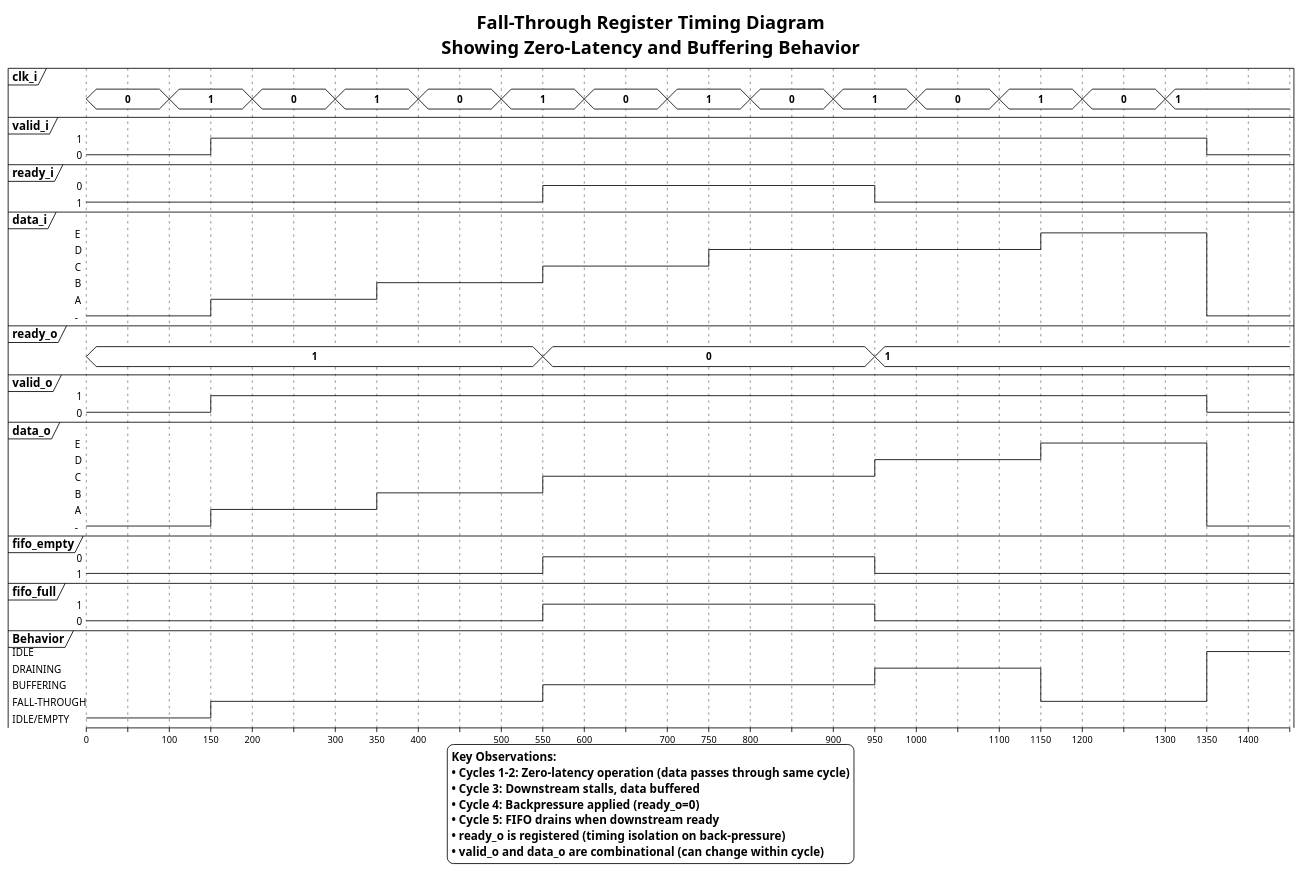
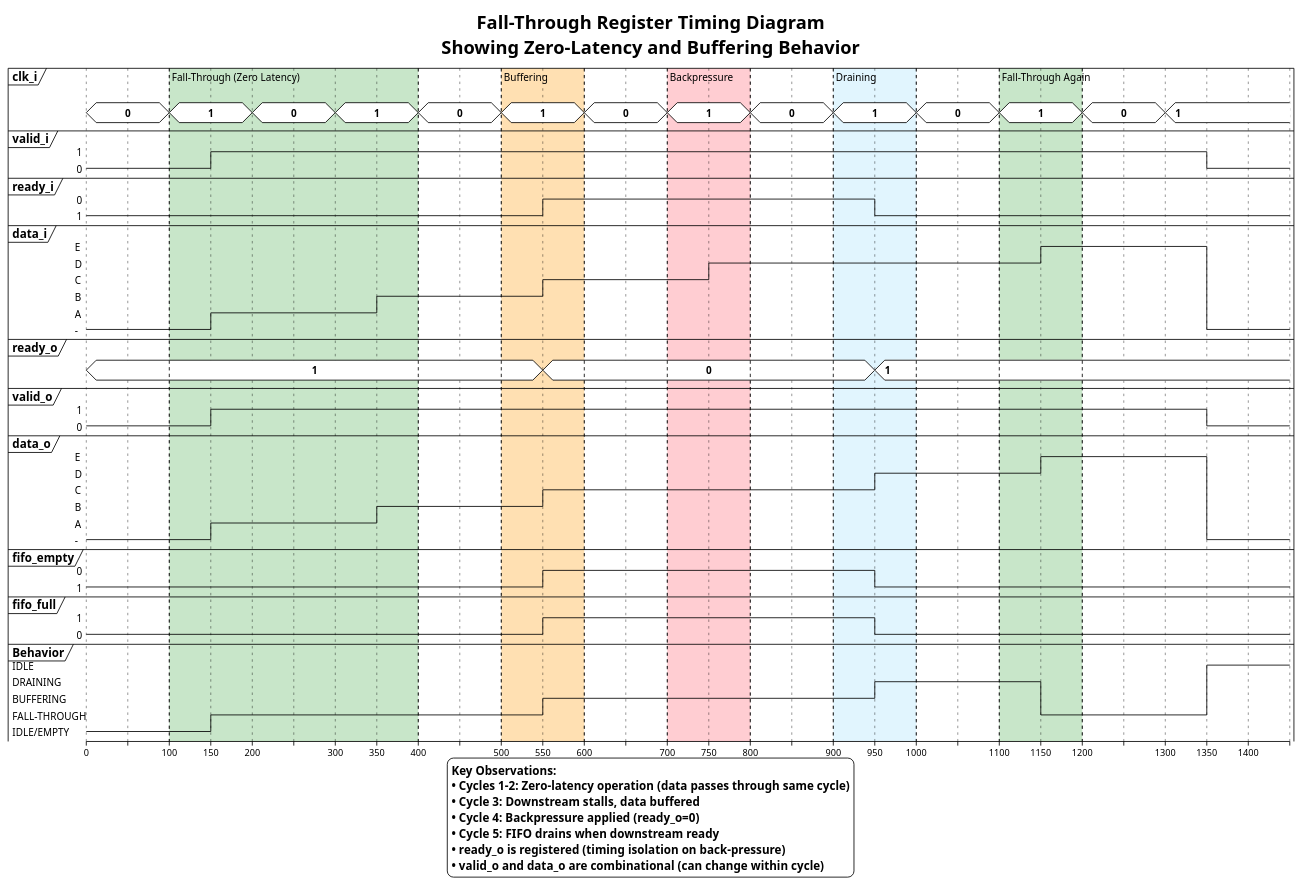
One commit to npcarter2025/axi-apb-bridge-uvm changed the diagram in docs/diagrams/fall_through_register/timing.puml. Above: the diagram before and after it, drawn with PlantUML. The commit also changed 1 other file, not shown here.

Commit message:
added colors to diagrams

```diff
--- a/docs/diagrams/fall_through_register/timing.puml
+++ b/docs/diagrams/fall_through_register/timing.puml
@@ -1,135 +1,141 @@
 @startuml fall_through_register_timing
 !theme plain
 skinparam backgroundColor #FFFFFF
 skinparam shadowing false
 
 title Fall-Through Register Timing Diagram\nShowing Zero-Latency and Buffering Behavior
 
 concise "clk_i" as clk
 robust "valid_i" as valid_i
 robust "ready_i" as ready_i
 robust "data_i" as data_i
 concise "ready_o" as ready_o
 robust "valid_o" as valid_o
 robust "data_o" as data_o
 robust "fifo_empty" as empty
 robust "fifo_full" as full
 robust "Behavior" as behavior
 
 @0
 clk is 0
 valid_i is 0
 ready_i is 1
 data_i is "-"
 ready_o is 1
 valid_o is 0
 data_o is "-"
 empty is 1
 full is 0
 behavior is "IDLE/EMPTY"
 
 ' Cycle 1: Fall-through scenario (downstream ready)
 @100
 clk is 1
 @150
 valid_i is 1
 data_i is "A"
 valid_o is 1
 data_o is "A"
 behavior is "FALL-THROUGH"
 
 note bottom of behavior : Zero Latency: Data A passes through immediately\nbecause FIFO is empty and ready_i=1
 
 @200
 clk is 0
 
 ' Cycle 2: Continue fall-through
 @300
 clk is 1
 @350
 data_i is "B"
 data_o is "B"
 
 @400
 clk is 0
 
 ' Cycle 3: Downstream stalls - buffer fills
 @500
 clk is 1
 @550
 ready_i is 0
 data_i is "C"
 data_o is "C"
 ready_o is 0
 empty is 0
 full is 1
 behavior is "BUFFERING"
 
 note bottom of behavior : Data C stored: Downstream not ready,\ndata buffered in FIFO, ready_o drops
 
 @600
 clk is 0
 
 ' Cycle 4: FIFO full, cannot accept new data
 @700
 clk is 1
 @750
 data_i is "D"
 valid_o is 1
 data_o is "C"
 
 note bottom of behavior : Backpressure: FIFO full, ready_o=0\nData D rejected, output still shows C
 
 @800
 clk is 0
 
 ' Cycle 5: Downstream becomes ready, drain FIFO
 @900
 clk is 1
 @950
 ready_i is 1
 data_o is "D"
 ready_o is 1
 empty is 1
 full is 0
 behavior is "DRAINING"
 
 note bottom of behavior : FIFO drains: C consumed, D now falls through
 
 @1000
 clk is 0
 
 ' Cycle 6: Back to normal fall-through
 @1100
 clk is 1
 @1150
 data_i is "E"
 data_o is "E"
 behavior is "FALL-THROUGH"
 
 @1200
 clk is 0
 
 ' Cycle 7: valid_i drops
 @1300
 clk is 1
 @1350
 valid_i is 0
 valid_o is 0
 data_i is "-"
 data_o is "-"
 behavior is "IDLE"
 
 @1400
 
+highlight 100 to 400 #C8E6C9 : Fall-Through (Zero Latency)
+highlight 500 to 600 #FFE0B2 : Buffering
+highlight 700 to 800 #FFCDD2 : Backpressure
+highlight 900 to 1000 #E1F5FE : Draining
+highlight 1100 to 1200 #C8E6C9 : Fall-Through Again
+
 legend bottom
     <b>Key Observations:</b>
     • Cycles 1-2: Zero-latency operation (data passes through same cycle)
     • Cycle 3: Downstream stalls, data buffered
     • Cycle 4: Backpressure applied (ready_o=0)
     • Cycle 5: FIFO drains when downstream ready
     • ready_o is registered (timing isolation on back-pressure)
     • valid_o and data_o are combinational (can change within cycle)
 end legend
 
 @enduml
```
